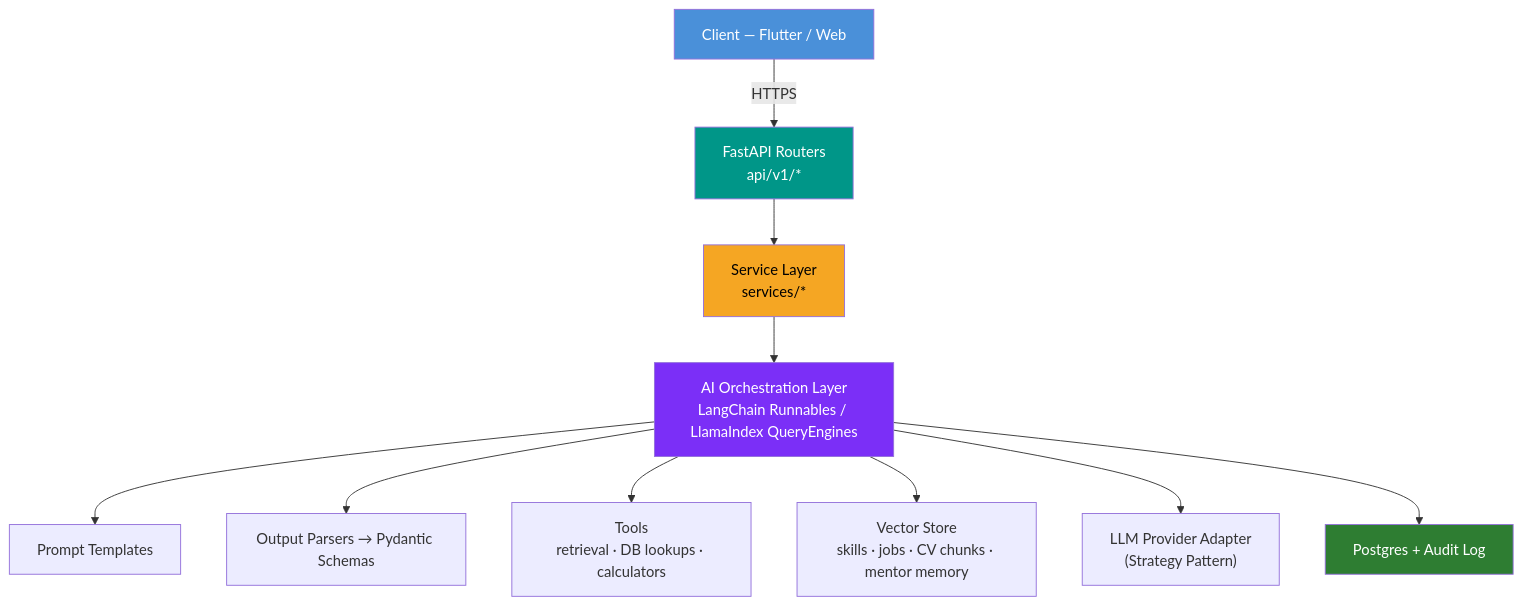
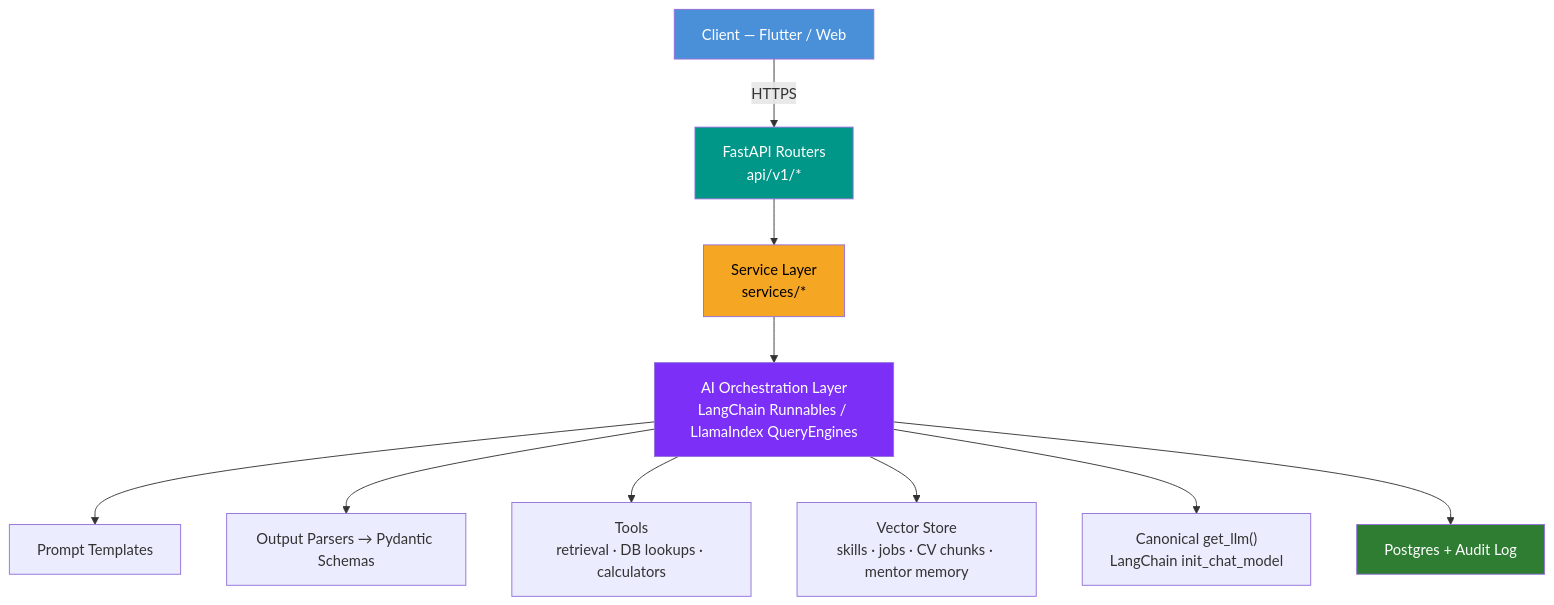
Before and after one commit to Team-2-Skill-Project/AI: the first of 3 diagrams in README.md, drawn with Mermaid. The commit also changed other lines of this file and 59 other files, not shown here.

````diff
--- a/README.md
+++ b/README.md
@@ -66,18 +66,18 @@
 ```mermaid
 flowchart TD
     A["Client — Flutter / Web"] -->|HTTPS| B["FastAPI Routers<br/>api/v1/*"]
     B --> C["Service Layer<br/>services/*"]
     C --> D["AI Orchestration Layer<br/>LangChain Runnables / LlamaIndex QueryEngines"]
     D --> E["Prompt Templates"]
     D --> F["Output Parsers → Pydantic Schemas"]
     D --> G["Tools<br/>retrieval · DB lookups · calculators"]
     D --> H["Vector Store<br/>skills · jobs · CV chunks · mentor memory"]
-    D --> I["LLM Provider Adapter<br/>(Strategy Pattern)"]
+    D --> I["Canonical get_llm()<br/>LangChain init_chat_model"]
     D --> J["Postgres + Audit Log"]
 
     style A fill:#4A90D9,color:#fff
     style B fill:#009688,color:#fff
     style C fill:#F5A623,color:#000
     style D fill:#7B2FF7,color:#fff
     style J fill:#2E7D32,color:#fff
 ```
````
